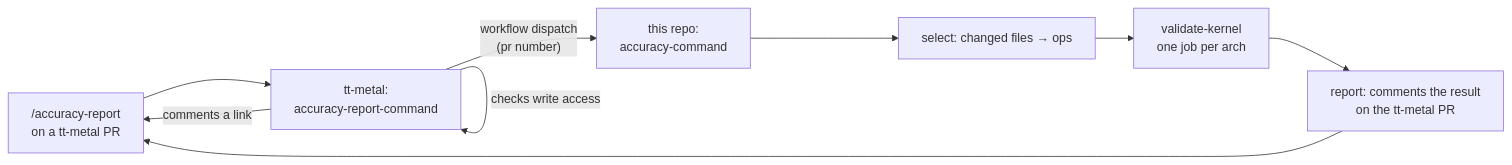
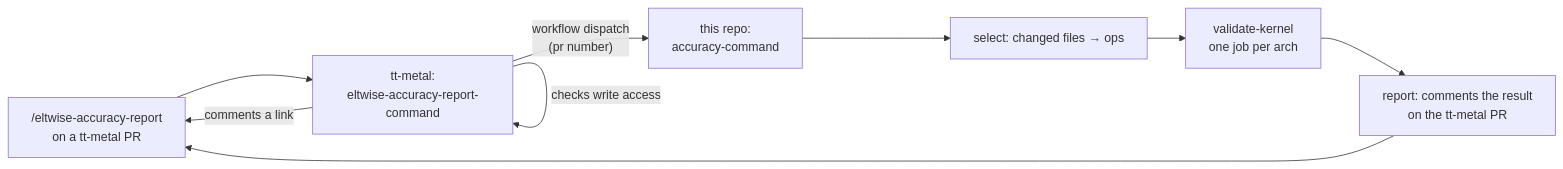
The diagram in docs/pr-command.md (tenstorrent/tt-eltwise-accuracy-report), drawn with Mermaid before and after one commit. The commit also changed other lines of this file and 2 other files, not shown here.

````diff
--- a/docs/pr-command.md
+++ b/docs/pr-command.md
@@ -12,11 +12,11 @@
 ```mermaid
 flowchart LR
-    C["/accuracy-report<br/>on a tt-metal PR"] --> T["tt-metal:<br/>accuracy-report-command"]
+    C["/eltwise-accuracy-report<br/>on a tt-metal PR"] --> T["tt-metal:<br/>eltwise-accuracy-report-command"]
     T -->|checks write access| T
     T -->|"workflow dispatch<br/>(pr number)"| O["this repo:<br/>accuracy-command"]
     T -->|"comments a link"| C
     O --> S["select: changed files → ops"]
     S --> V["validate-kernel<br/>one job per arch"]
     V --> R["report: comments the result<br/>on the tt-metal PR"]
     R --> C
 ```
````
